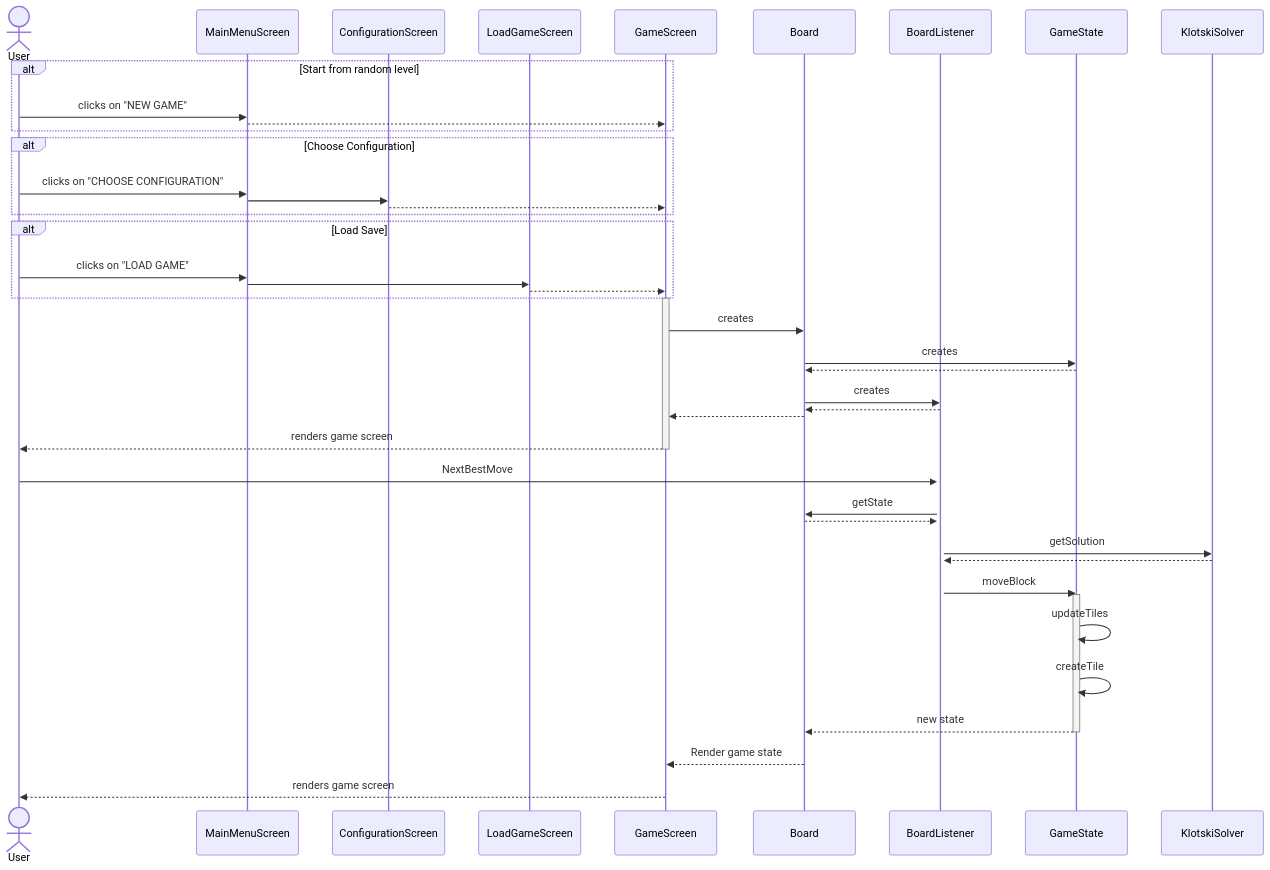
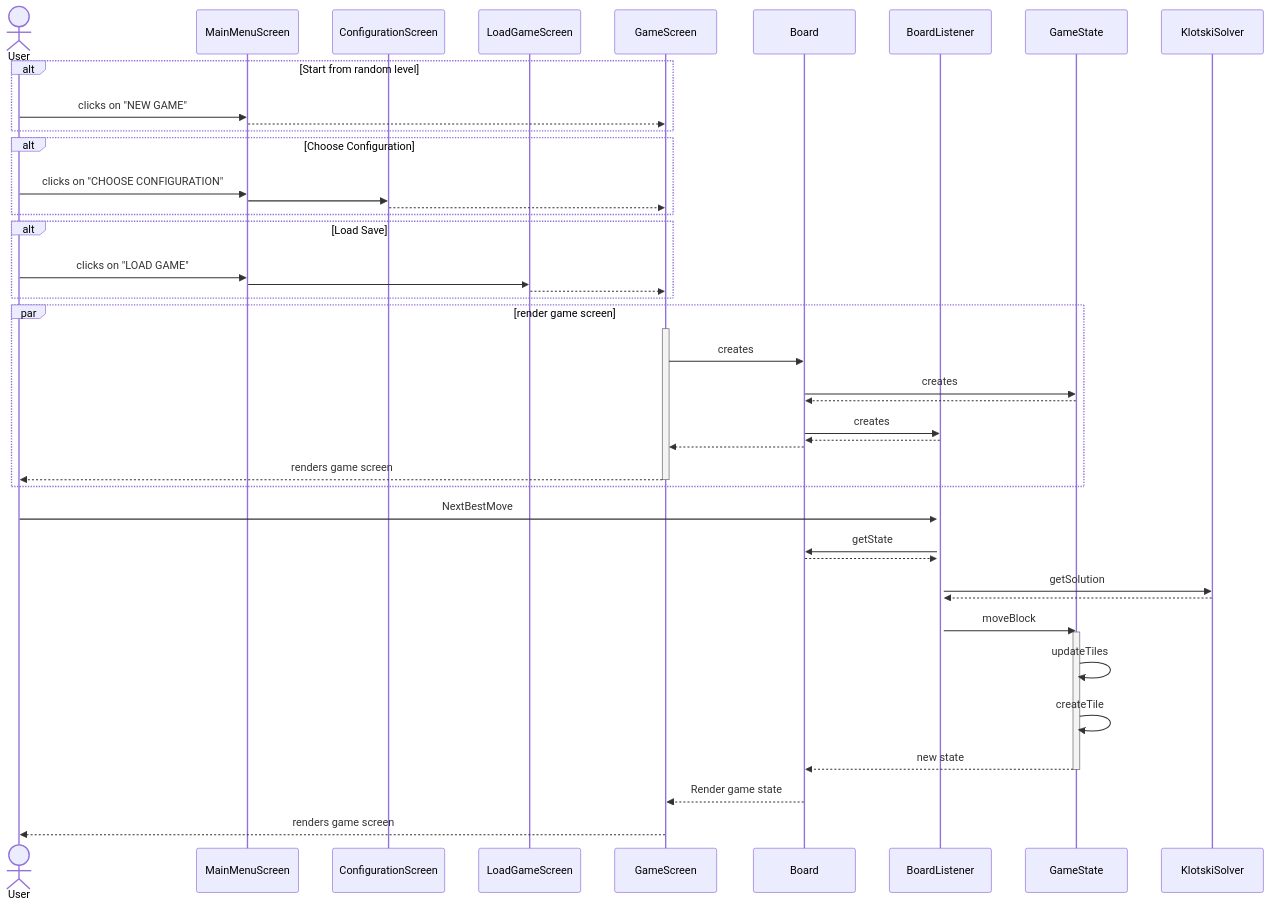
One commit to BIRSAx2/klotski changed the tenth of 10 diagrams in docs/sequence_diagram/index.md. Above: the diagram before and after it, drawn with Mermaid. The commit also changed other lines of this file, not shown here.

Commit message:
Improved internal sequence diagrams

````diff
--- a/docs/sequence_diagram/index.md
+++ b/docs/sequence_diagram/index.md
@@ -452,60 +452,62 @@
 ```mermaid
 sequenceDiagram
     actor User
     participant MainMenuScreen
     participant ConfigurationScreen
     participant LoadGameScreen
     participant GameScreen
     participant Board
     participant BoardListener
     participant GameState
     participant KlotskiSolver
 
 
     alt Start from random level 
         User ->> MainMenuScreen: clicks on "NEW GAME"
         MainMenuScreen -->> GameScreen: 
     end
     
     alt Choose Configuration
         User ->> MainMenuScreen: clicks on "CHOOSE CONFIGURATION"
         MainMenuScreen ->> ConfigurationScreen: 
         ConfigurationScreen -->> GameScreen: 
     end
 
     alt Load Save
         User ->> MainMenuScreen: clicks on "LOAD GAME"
         MainMenuScreen ->> LoadGameScreen: 
         LoadGameScreen -->> GameScreen: 
     end
 
-    activate GameScreen
-    GameScreen ->> Board: creates
-    Board ->> GameState: creates
-    GameState -->> Board: 
-    Board ->> BoardListener: creates
-    BoardListener -->> Board: 
-    Board -->> GameScreen: 
-    GameScreen -->> User: renders game screen
-    deactivate GameScreen
+    par render game screen
+        activate GameScreen
+        GameScreen ->> Board: creates
+        Board ->> GameState: creates
+        GameState -->> Board: 
+        Board ->> BoardListener: creates
+        BoardListener -->> Board: 
+        Board -->> GameScreen: 
+        GameScreen -->> User: renders game screen
+        deactivate GameScreen
+    end
     
     activate BoardListener
 
 
     User ->> BoardListener : NextBestMove
     BoardListener ->> Board : getState
     Board -->> BoardListener: 
 
     BoardListener ->> KlotskiSolver: getSolution
     KlotskiSolver -->> BoardListener: 
 
     BoardListener ->> GameState : moveBlock
     activate GameState
     GameState ->> GameState : updateTiles
     GameState ->> GameState : createTile
     GameState -->> Board: new state
     deactivate GameState
     Board -->> GameScreen: Render game state
     GameScreen -->> User: renders game screen
     
 ```
````
